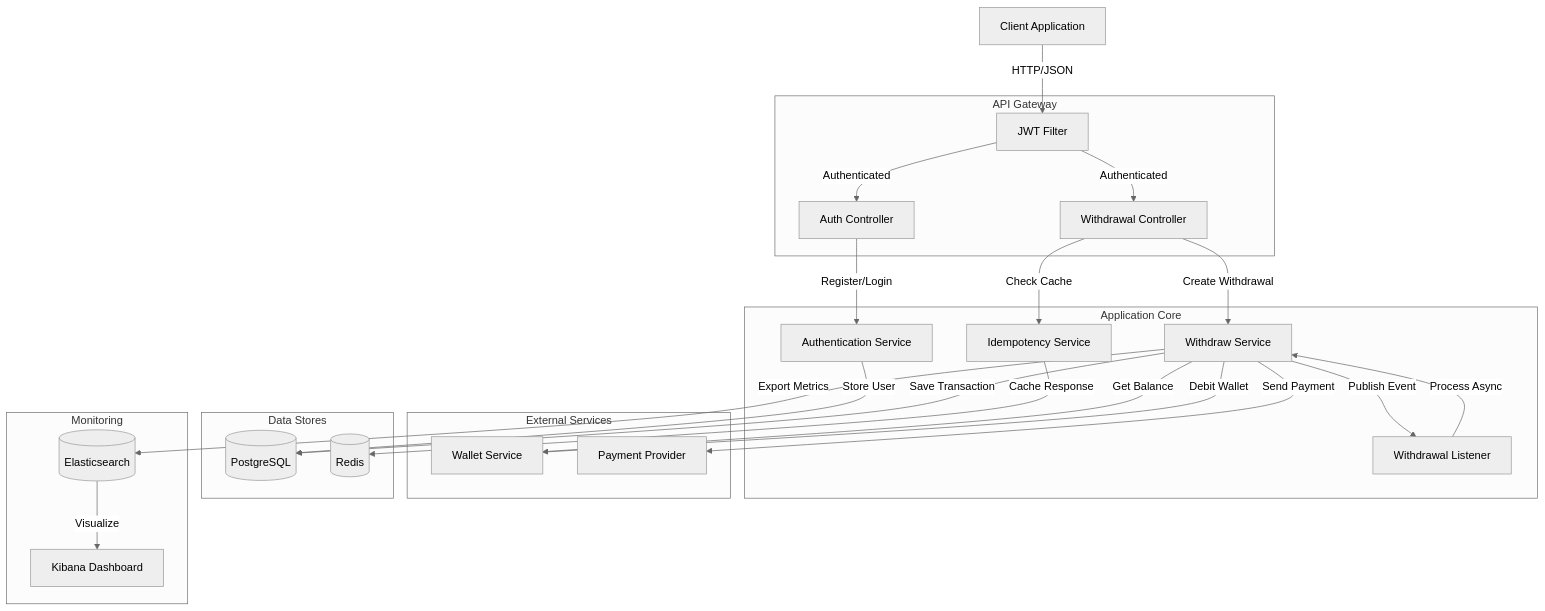
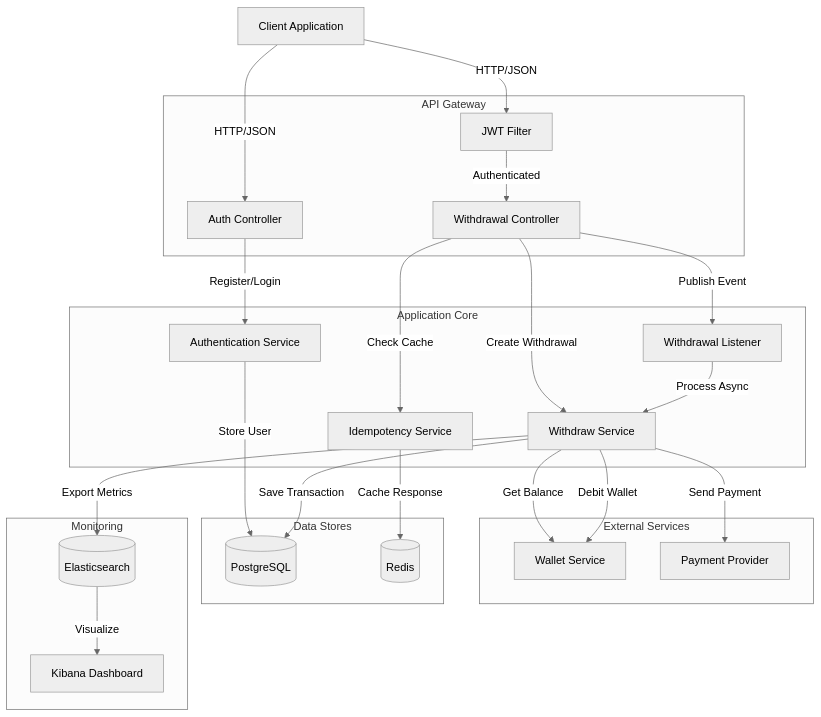
One commit to brunorp/ontop-challenge changed the sixth of 8 diagrams in README.md. Above: the diagram before and after it, drawn with Mermaid (neutral theme).

Commit message:
fix component diagram

````diff
--- a/README.md
+++ b/README.md
@@ -329,54 +329,54 @@
 ```mermaid
 graph TB
     Client[Client Application]
     
     subgraph "API Gateway"
         JWT[JWT Filter]
         Auth[Auth Controller]
         Withdrawal[Withdrawal Controller]
     end
     
     subgraph "Application Core"
         AuthService[Authentication Service]
         WithdrawService[Withdraw Service]
         IdempotencyService[Idempotency Service]
         EventListener[Withdrawal Listener]
     end
     
     subgraph "External Services"
         WalletAPI[Wallet Service]
         PaymentAPI[Payment Provider]
     end
     
     subgraph "Data Stores"
         PostgreSQL[(PostgreSQL)]
         Redis[(Redis)]
     end
     
     subgraph "Monitoring"
         Elasticsearch[(Elasticsearch)]
         Kibana[Kibana Dashboard]
     end
     
     Client -->|HTTP/JSON| JWT
-    JWT -->|Authenticated| Auth
+    Client -->|HTTP/JSON| Auth
     JWT -->|Authenticated| Withdrawal
     
     Auth -->|Register/Login| AuthService
     Withdrawal -->|Create Withdrawal| WithdrawService
     Withdrawal -->|Check Cache| IdempotencyService
-    
-    WithdrawService -->|Publish Event| EventListener
+    Withdrawal -->|Publish Event| EventListener
+
     EventListener -->|Process Async| WithdrawService
     
     WithdrawService -->|Get Balance| WalletAPI
     WithdrawService -->|Debit Wallet| WalletAPI
     WithdrawService -->|Send Payment| PaymentAPI
     
     AuthService -->|Store User| PostgreSQL
     WithdrawService -->|Save Transaction| PostgreSQL
     IdempotencyService -->|Cache Response| Redis
     
     WithdrawService -->|Export Metrics| Elasticsearch
     Elasticsearch -->|Visualize| Kibana
 ```
````
